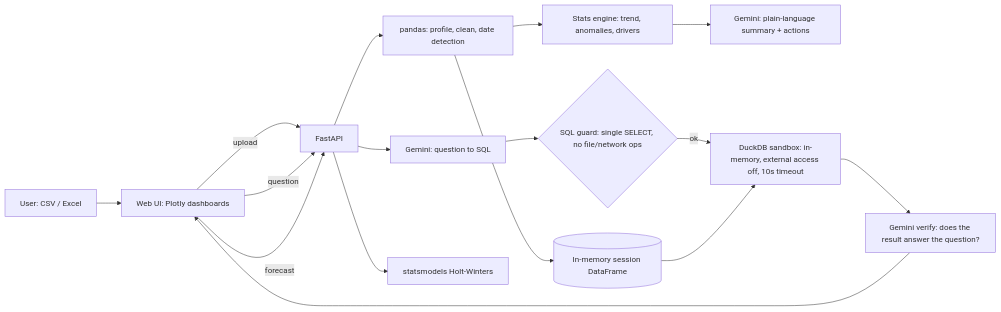
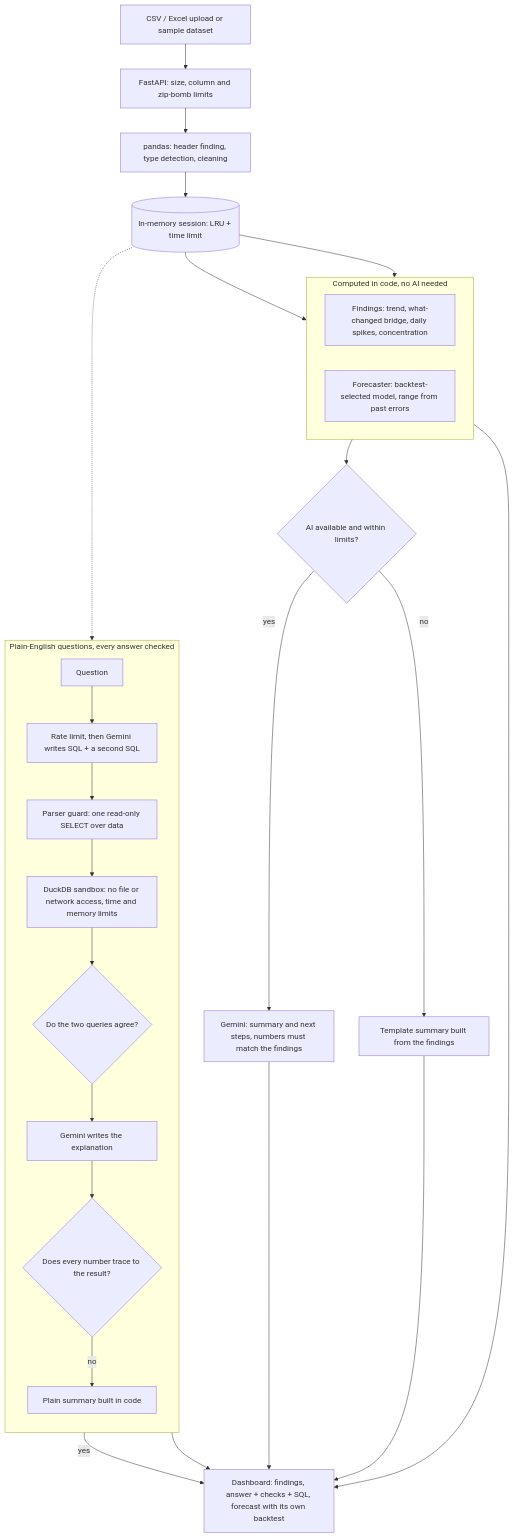
The diagram in README.md (Eshaan1e24/Lumen), drawn with Mermaid before and after one commit. The commit also changed other lines of this file and 9 other files, not shown here.

Commit message:
Documentation: README, architecture diagram, screenshots

````diff
--- a/README.md
+++ b/README.md
@@ -19,17 +44,33 @@
 ```mermaid
-flowchart LR
-  U[User: CSV / Excel] --> FE[Web UI: Plotly dashboards]
-  FE -->|upload| API[FastAPI]
-  API --> P[pandas: profile, clean, date detection]
-  P --> S[(In-memory session DataFrame)]
-  P --> ST[Stats engine: trend, anomalies, drivers]
-  ST --> N[Gemini: plain-language summary + actions]
-  FE -->|question| API
-  API --> G[Gemini: question to SQL]
-  G --> V{SQL guard: single SELECT, no file/network ops}
-  V -->|ok| D[DuckDB sandbox: in-memory, external access off, 10s timeout]
-  S --> D
-  D --> VR[Gemini verify: does the result answer the question?]
-  VR --> FE
-  FE -->|forecast| API --> F[statsmodels Holt-Winters]
+flowchart TB
+  U["CSV / Excel upload or sample dataset"] --> UP["FastAPI: size, column and zip-bomb limits"]
+  UP --> P["pandas: header finding, type detection, cleaning"]
+  P --> S[("In-memory session: LRU + time limit")]
+  subgraph CODE["Computed in code, no AI needed"]
+    direction LR
+    F["Findings: trend, what-changed bridge, daily spikes, concentration"]
+    FC["Forecaster: backtest-selected model, range from past errors"]
+  end
+  S --> F
+  S --> FC
+  subgraph ASK["Plain-English questions, every answer checked"]
+    direction TB
+    Q["Question"] --> G2["Rate limit, then Gemini writes SQL + a second SQL"]
+    G2 --> V["Parser guard: one read-only SELECT over data"]
+    V --> D["DuckDB sandbox: no file or network access, time and memory limits"]
+    D --> X{"Do the two queries agree?"}
+    X --> E["Gemini writes the explanation"]
+    E --> NG{"Does every number trace to the result?"}
+    NG -- no --> PL["Plain summary built in code"]
+  end
+  S -.-> D
+  F --> N{"AI available and within limits?"}
+  N -- yes --> G1["Gemini: summary and next steps, numbers must match the findings"]
+  N -- no --> T["Template summary built from the findings"]
+  NG -- yes --> UI
+  PL --> UI
+  G1 --> UI
+  T --> UI
+  FC --> UI
+  UI["Dashboard: findings, answer + checks + SQL, forecast with its own backtest"]
 ```
````
